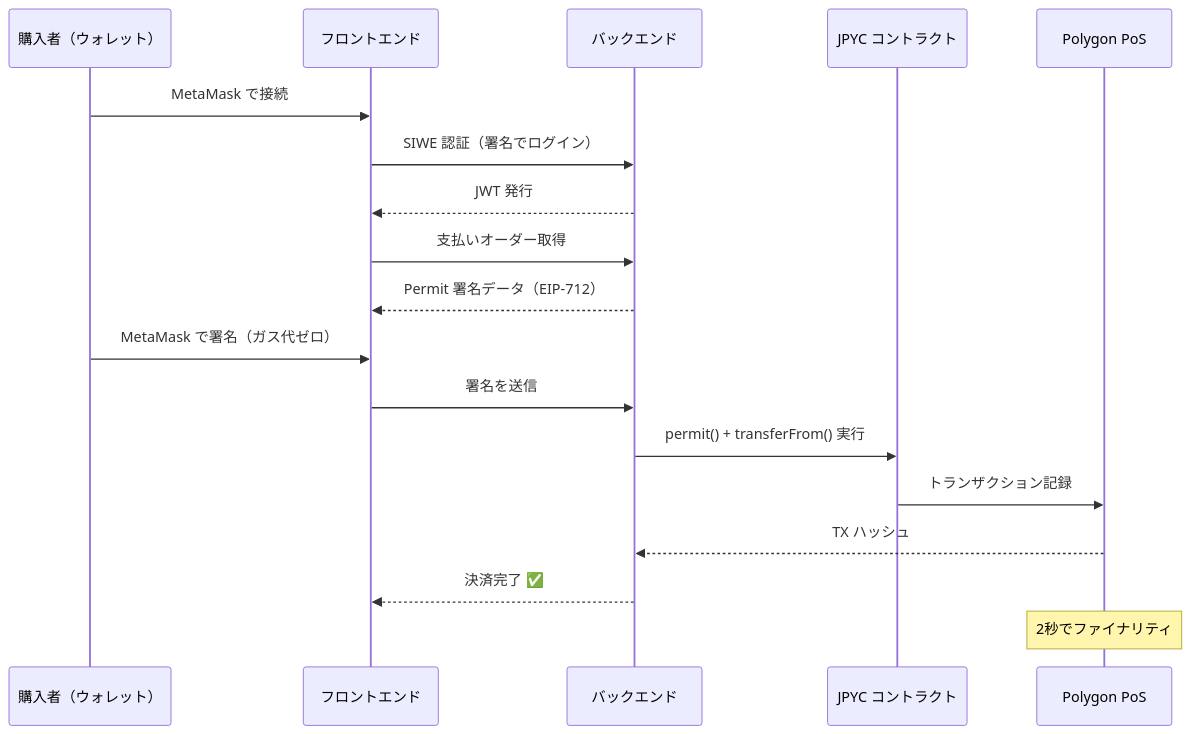
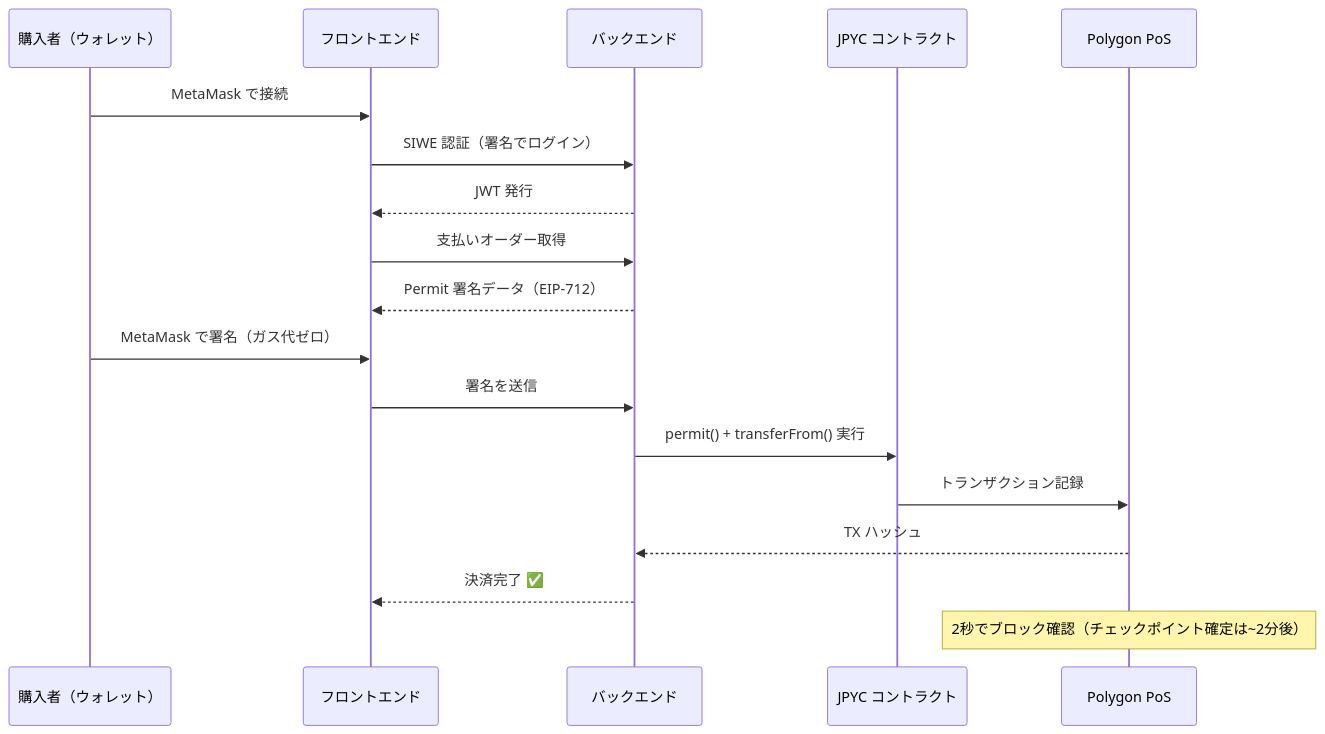
Before and after one commit to j-komatsu/ethereum-payment-backend: the second of 3 diagrams in docs/report-17-web3-payment-vs-traditional.md, drawn with Mermaid. The commit also changed 5 other files, not shown here.

````diff
--- a/docs/report-17-web3-payment-vs-traditional.md
+++ b/docs/report-17-web3-payment-vs-traditional.md
@@ -56,21 +56,21 @@
 ```mermaid
 sequenceDiagram
     participant User as 購入者（ウォレット）
     participant FE as フロントエンド
     participant BE as バックエンド
     participant SC as JPYC コントラクト
     participant Chain as Polygon PoS
 
     User->>FE: MetaMask で接続
     FE->>BE: SIWE 認証（署名でログイン）
     BE-->>FE: JWT 発行
     FE->>BE: 支払いオーダー取得
     BE-->>FE: Permit 署名データ（EIP-712）
     User->>FE: MetaMask で署名（ガス代ゼロ）
     FE->>BE: 署名を送信
     BE->>SC: permit() + transferFrom() 実行
     SC->>Chain: トランザクション記録
     Chain-->>BE: TX ハッシュ
     BE-->>FE: 決済完了 ✅
-    Note over Chain: 2秒でファイナリティ
+    Note over Chain: 2秒でブロック確認（チェックポイント確定は~2分後）
 ```
````
